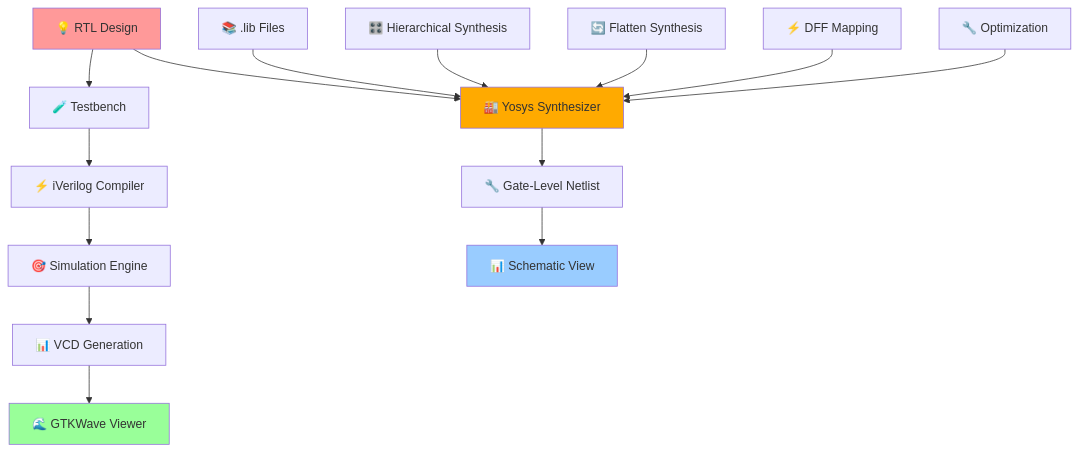
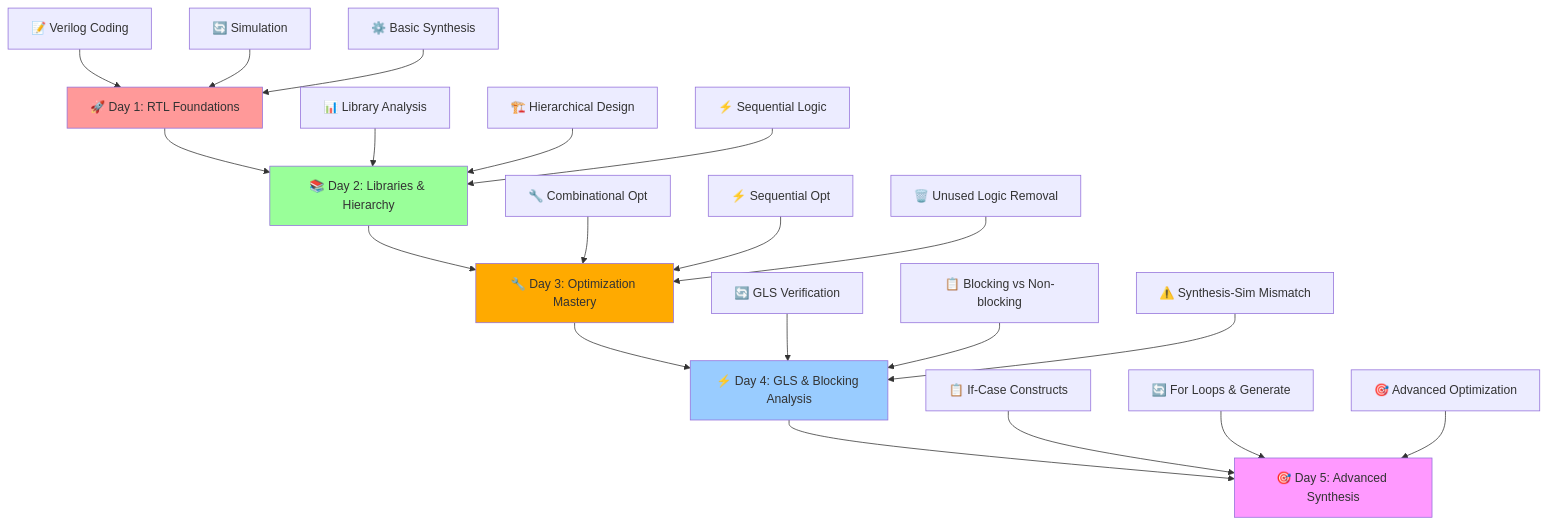
One commit to Bejish/VSD_Tapeout_Week_1 changed the diagram in README.md. Above: the diagram before and after it, drawn with Mermaid. The commit also changed other lines of this file, not shown here.

````diff
--- a/README.md
+++ b/README.md
@@ -38,23 +40,33 @@
 ```mermaid
 graph TD
-    A[💡 RTL Design] --> B[🧪 Testbench]
-    B --> C[⚡ iVerilog Compiler]
-    C --> D[🎯 Simulation Engine]
-    D --> E[📊 VCD Generation]
-    E --> F[🌊 GTKWave Viewer]
+    A[🚀 Day 1: RTL Foundations] --> B[📚 Day 2: Libraries & Hierarchy]
+    B --> C[🔧 Day 3: Optimization Mastery]
+    C --> D[⚡ Day 4: GLS & Blocking Analysis]
+    D --> E[🎯 Day 5: Advanced Synthesis]
     
-    A --> G[🏭 Yosys Synthesizer]
-    H[📚 .lib Files] --> G
-    G --> I[🔧 Gate-Level Netlist]
-    I --> J[📊 Schematic View]
+    F[📝 Verilog Coding] --> A
+    G[🔄 Simulation] --> A
+    H[⚙️ Basic Synthesis] --> A
     
-    K[🎛️ Hierarchical Synthesis] --> G
-    L[🔄 Flatten Synthesis] --> G
-    M[⚡ DFF Mapping] --> G
-    N[🔧 Optimization] --> G
+    I[📊 Library Analysis] --> B
+    J[🏗️ Hierarchical Design] --> B
+    K[⚡ Sequential Logic] --> B
+    
+    L[🔧 Combinational Opt] --> C
+    M[⚡ Sequential Opt] --> C
+    N[🗑️ Unused Logic Removal] --> C
+    
+    O[🔄 GLS Verification] --> D
+    P[📋 Blocking vs Non-blocking] --> D
+    Q[⚠️ Synthesis-Sim Mismatch] --> D
+    
+    R[📋 If-Case Constructs] --> E
+    S[🔄 For Loops & Generate] --> E
+    T[🎯 Advanced Optimization] --> E
     
     style A fill:#ff9999
-    style F fill:#99ff99
-    style G fill:#ffaa00
-    style J fill:#99ccff
+    style B fill:#99ff99
+    style C fill:#ffaa00
+    style D fill:#99ccff
+    style E fill:#ff99ff
 ```
````
